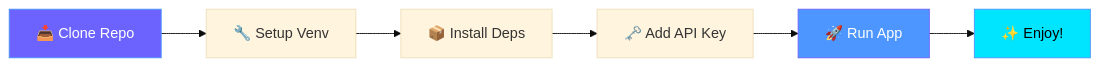
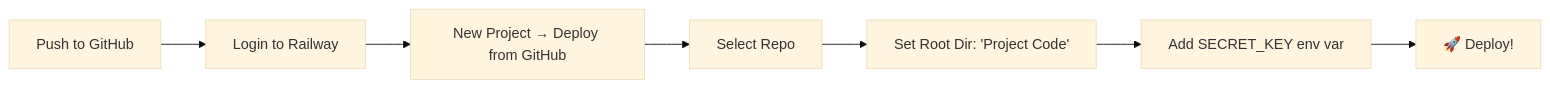
One commit to SairajJadhav08/SRANS--Smart-Regional-Alert-and-Navigation-System changed the second of 3 diagrams in README.md. Above: the diagram before and after it, drawn with Mermaid (base theme). The commit also changed other lines of this file and 5 other files, not shown here.

````diff
--- a/README.md
+++ b/README.md
@@ -59,12 +74,9 @@
 ```mermaid
-graph LR
-    A[📥 Clone Repo] --> B[🔧 Setup Venv]
-    B --> C[📦 Install Deps]
-    C --> D[🗝️ Add API Key]
-    D --> E[🚀 Run App]
-    E --> F[✨ Enjoy!]
-    
-    style A fill:#6C63FF,stroke:#4D96FF,color:#fff
-    style E fill:#4D96FF,stroke:#6C63FF,color:#fff
-    style F fill:#00E5FF,stroke:#4D96FF,color:#000
+flowchart LR
+    A[Push to GitHub] --> B[Login to Railway]
+    B --> C[New Project → Deploy from GitHub]
+    C --> D[Select Repo]
+    D --> E[Set Root Dir: 'Project Code']
+    E --> F[Add SECRET_KEY env var]
+    F --> G[🚀 Deploy!]
 ```
````
